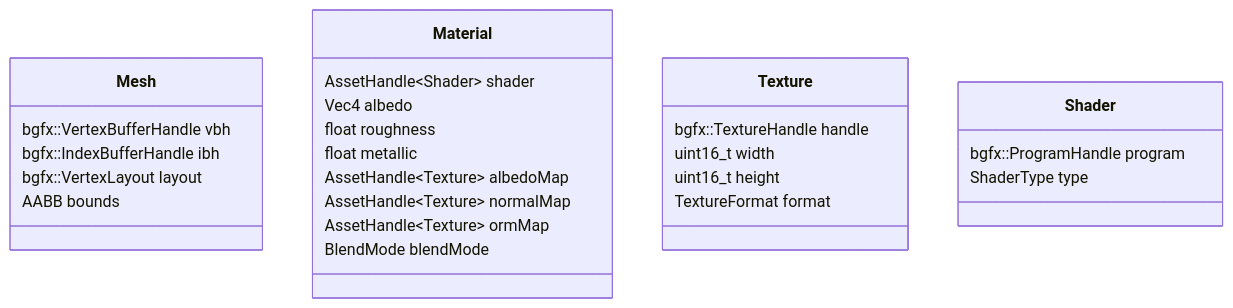
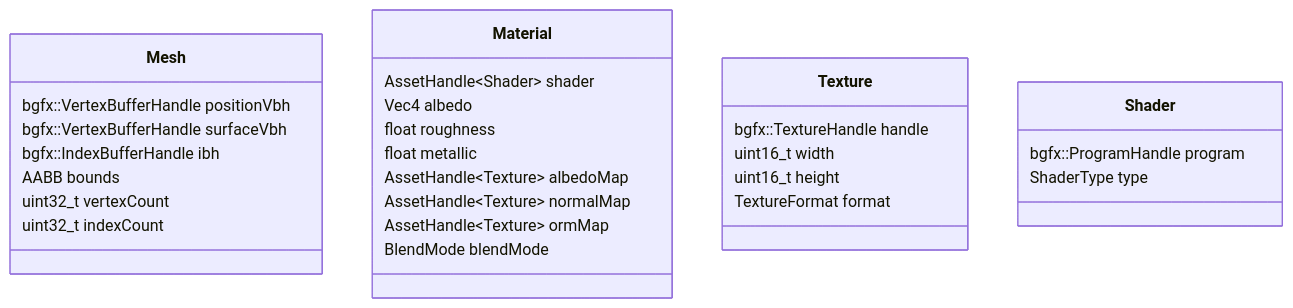
One commit to pixelperfect3/sama changed the second of 8 diagrams in docs/RENDERING_ARCHITECTURE.md. Above: the diagram before and after it, drawn with Mermaid. The commit also changed other lines of this file, not shown here.

First line of the commit message:
docs: add GPU data layout section — vertex packing, feature detection, bgfx assessment

````diff
--- a/docs/RENDERING_ARCHITECTURE.md
+++ b/docs/RENDERING_ARCHITECTURE.md
@@ -219,32 +219,34 @@
 ```mermaid
 classDiagram
     class Mesh {
-        bgfx::VertexBufferHandle vbh
+        bgfx::VertexBufferHandle positionVbh
+        bgfx::VertexBufferHandle surfaceVbh
         bgfx::IndexBufferHandle ibh
-        bgfx::VertexLayout layout
         AABB bounds
+        uint32_t vertexCount
+        uint32_t indexCount
     }
 
     class Material {
         AssetHandle~Shader~ shader
         Vec4 albedo
         float roughness
         float metallic
         AssetHandle~Texture~ albedoMap
         AssetHandle~Texture~ normalMap
         AssetHandle~Texture~ ormMap
         BlendMode blendMode
     }
 
     class Texture {
         bgfx::TextureHandle handle
         uint16_t width
         uint16_t height
         TextureFormat format
     }
 
     class Shader {
         bgfx::ProgramHandle program
         ShaderType type
     }
 ```
````
